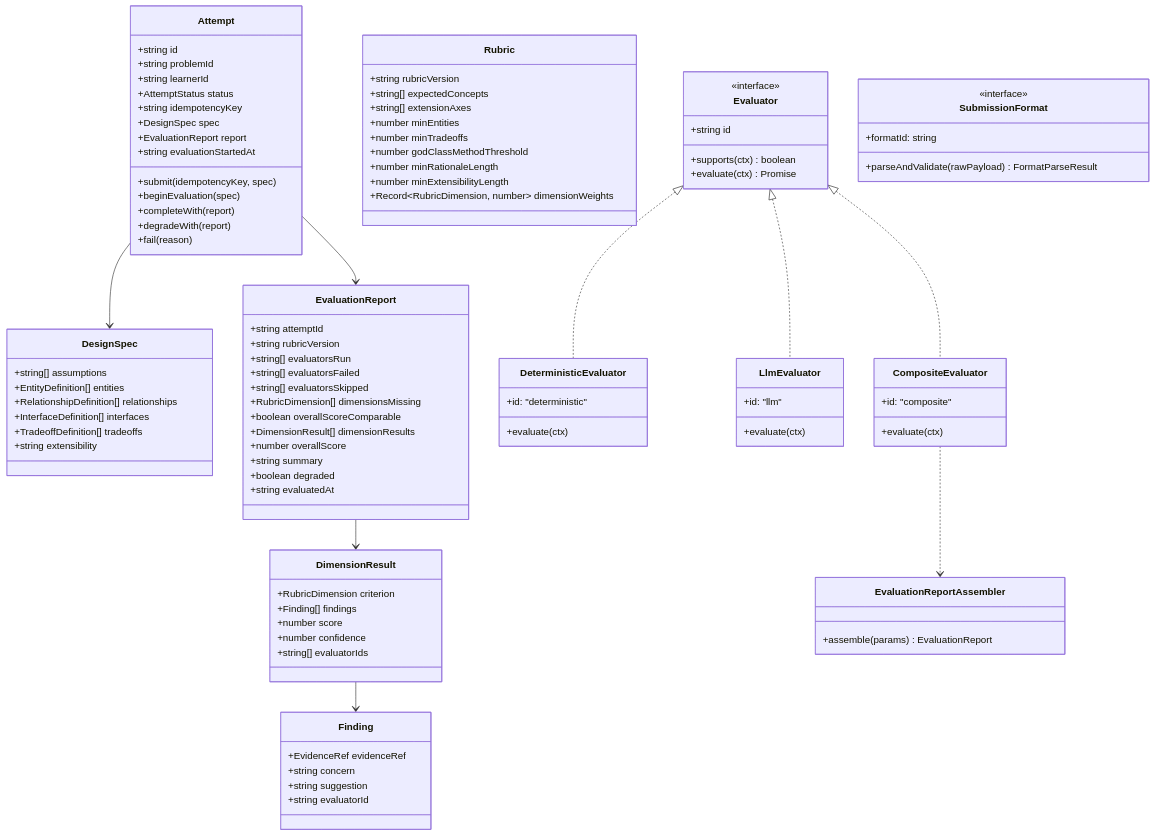
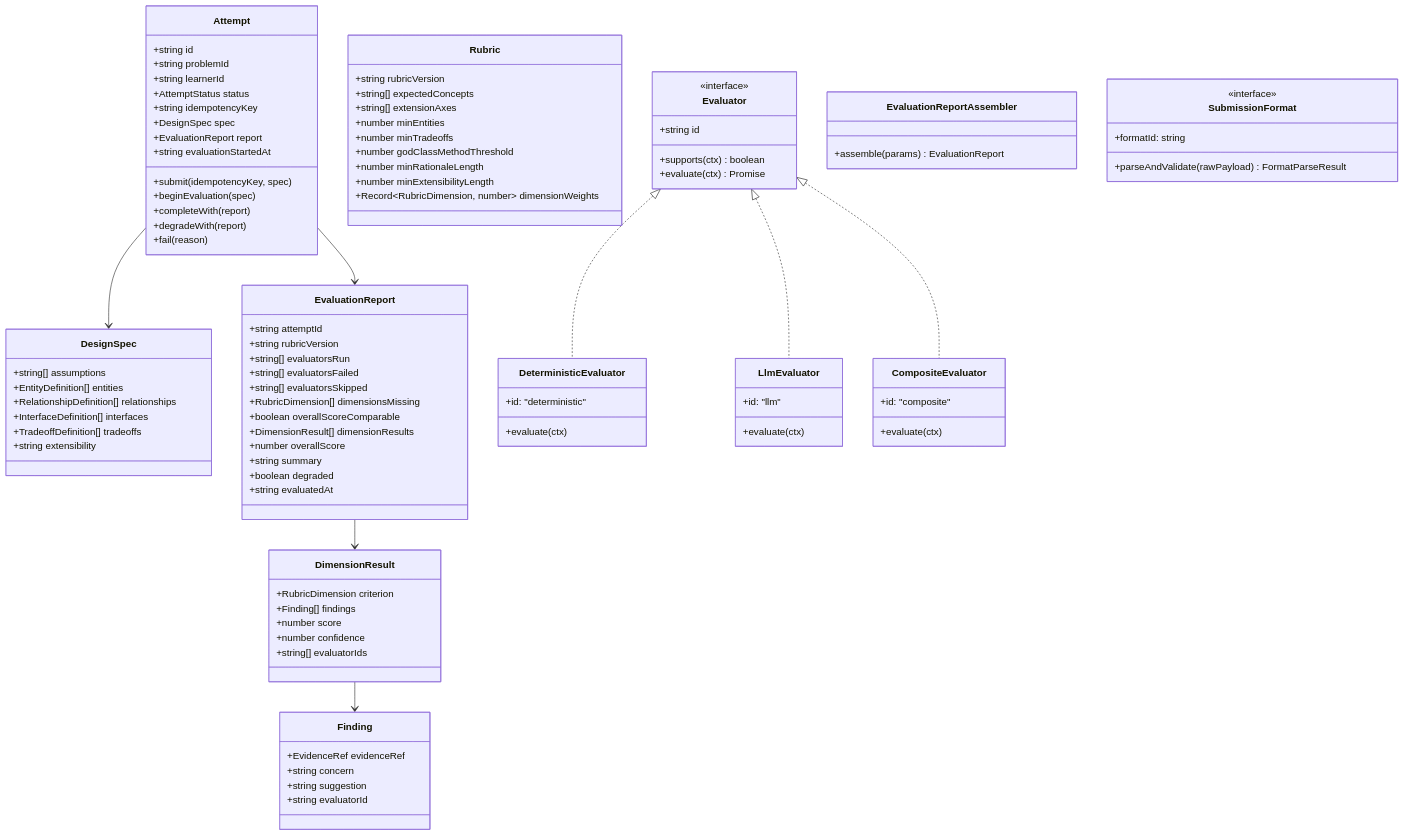
One commit to swarajladke/LLD-Practice-Platform changed the first of 2 diagrams in docs/DESIGN.md. Above: the diagram before and after it, drawn with Mermaid. The commit also changed other lines of this file and 2 other files, not shown here.

Commit message:
docs: correct evaluator disagreement example and change-test claims

````diff
--- a/docs/DESIGN.md
+++ b/docs/DESIGN.md
@@ -148,5 +148,4 @@
     Attempt --> EvaluationReport
     EvaluationReport --> DimensionResult
     DimensionResult --> Finding
-    CompositeEvaluator ..> EvaluationReportAssembler
 ```
````
